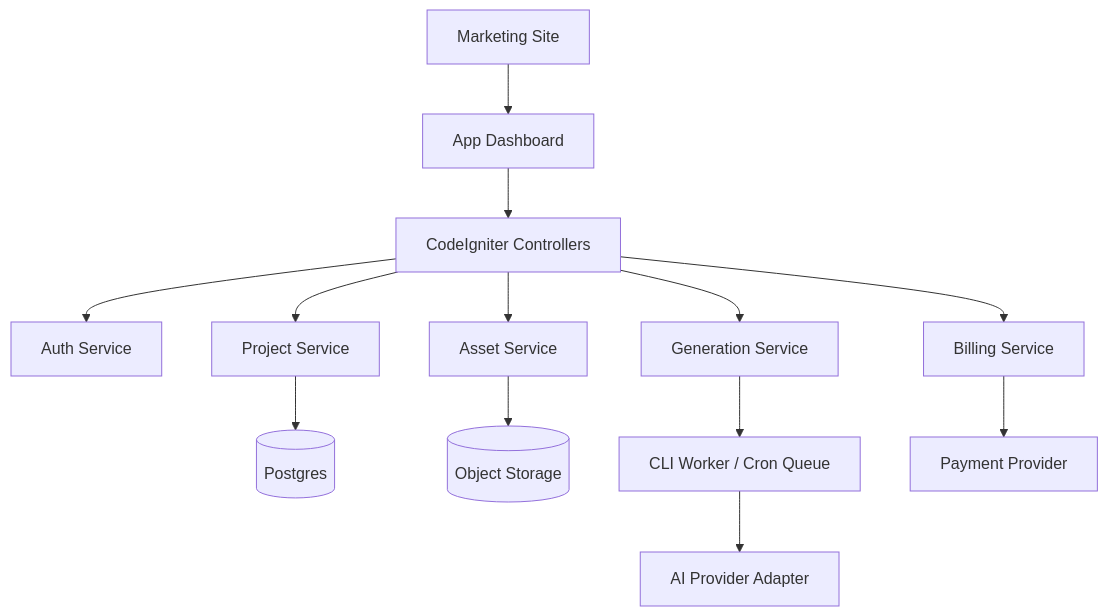
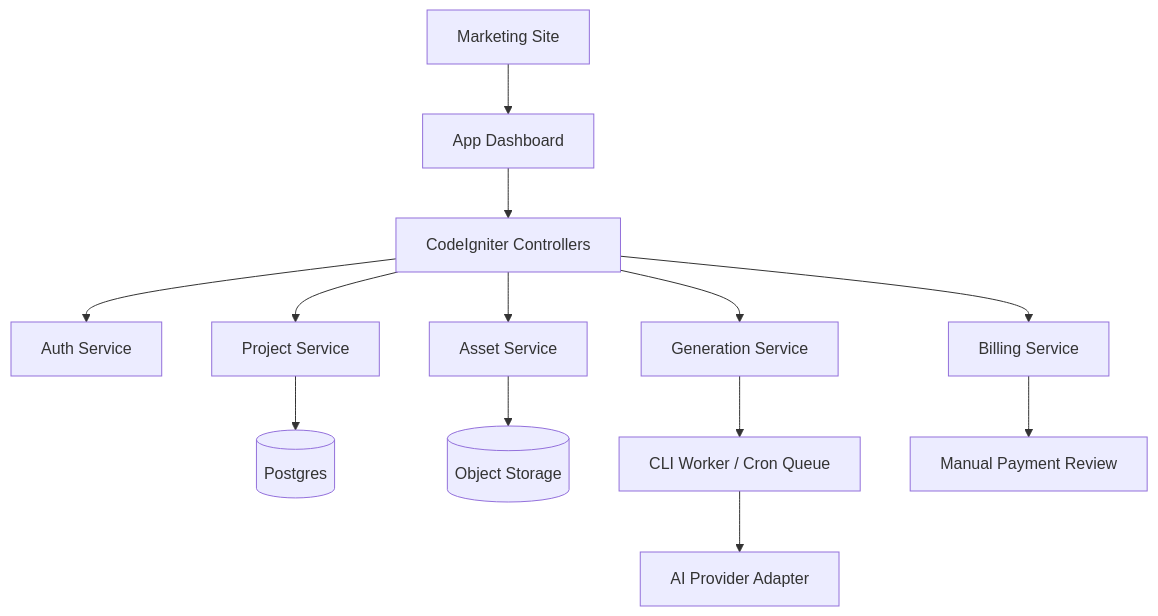
Before and after one commit to mrfongorg/fit-renov: the first of 4 diagrams in docs/ai-interior-saas/DESIGN_ai-interior-saas.md, drawn with Mermaid. The commit also changed other lines of this file and 3 other files, not shown here.

````diff
--- a/docs/ai-interior-saas/DESIGN_ai-interior-saas.md
+++ b/docs/ai-interior-saas/DESIGN_ai-interior-saas.md
@@ -16,15 +16,15 @@
 ```mermaid
 flowchart TD
     A[Marketing Site] --> B[App Dashboard]
     B --> C[CodeIgniter Controllers]
     C --> D[Auth Service]
     C --> E[Project Service]
     C --> F[Asset Service]
     C --> G[Generation Service]
     C --> H[Billing Service]
     E --> I[(Postgres)]
     F --> J[(Object Storage)]
     G --> K[CLI Worker / Cron Queue]
     K --> L[AI Provider Adapter]
-    H --> M[Payment Provider]
+    H --> M[Manual Payment Review]
 ```
````
